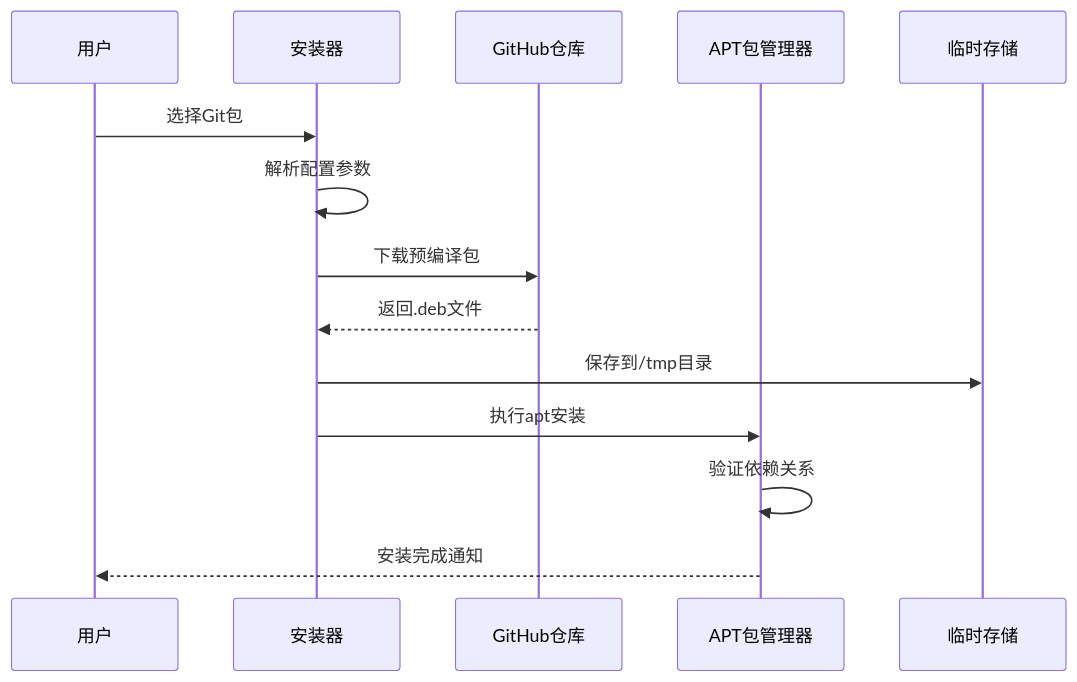
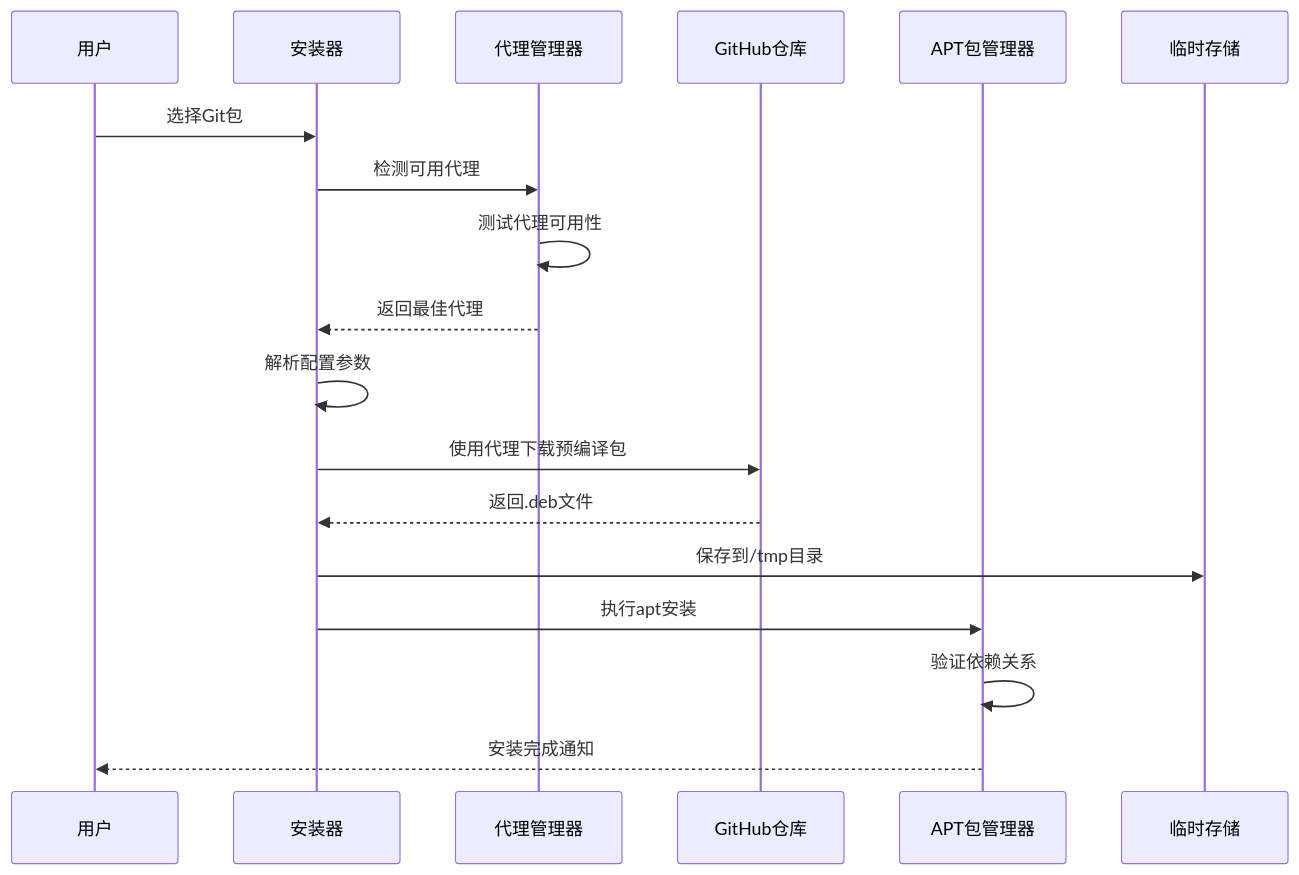
Before and after one commit to firestrongarch/install: the fourth of 8 diagrams in .qoder/repowiki/zh/content/核心功能/软件包管理系统.md, drawn with Mermaid. The commit also changed other lines of this file and 3 other files, not shown here.

````diff
--- a/.qoder/repowiki/zh/content/核心功能/软件包管理系统.md
+++ b/.qoder/repowiki/zh/content/核心功能/软件包管理系统.md
@@ -153,16 +234,20 @@
 ```mermaid
 sequenceDiagram
 participant U as 用户
 participant I as 安装器
+participant P as 代理管理器
 participant G as GitHub仓库
 participant A as APT包管理器
 participant T as 临时存储
 U->>I : 选择Git包
+I->>P : 检测可用代理
+P->>P : 测试代理可用性
+P-->>I : 返回最佳代理
 I->>I : 解析配置参数
-I->>G : 下载预编译包
+I->>G : 使用代理下载预编译包
 G-->>I : 返回.deb文件
 I->>T : 保存到/tmp目录
 I->>A : 执行apt安装
 A->>A : 验证依赖关系
 A-->>U : 安装完成通知
 ```
````
